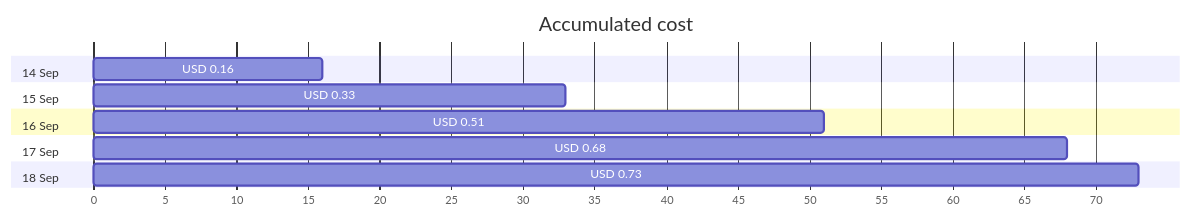
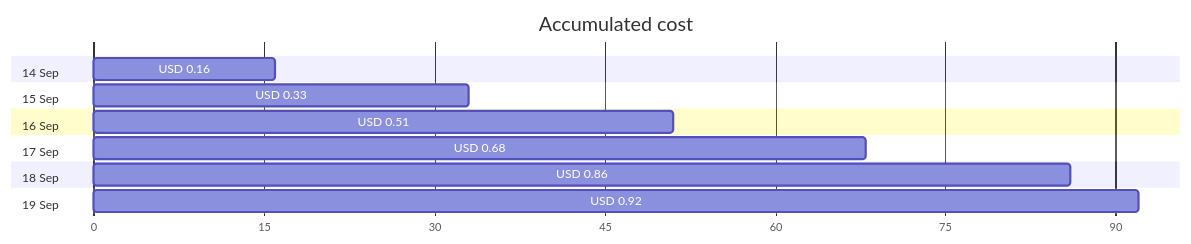
Before and after one commit to jpfulton/azure-personal-reports: the first of 4 diagrams in cost-reports/personal-network/backup-server.md, drawn with Mermaid. The commit also changed other lines of this file and 17 other files, not shown here.

````diff
--- a/cost-reports/personal-network/backup-server.md
+++ b/cost-reports/personal-network/backup-server.md
@@ -20,16 +20,18 @@
 ```mermaid
 gantt
    title Accumulated cost
    dateFormat  X
    axisFormat %s
    section 14 Sep
    USD 0.16 :0, 16
    section 15 Sep
    USD 0.33 :0, 33
    section 16 Sep
    USD 0.51 :0, 51
    section 17 Sep
    USD 0.68 :0, 68
    section 18 Sep
-   USD 0.73 :0, 73
+   USD 0.86 :0, 86
+   section 19 Sep
+   USD 0.92 :0, 92
 ```
````
